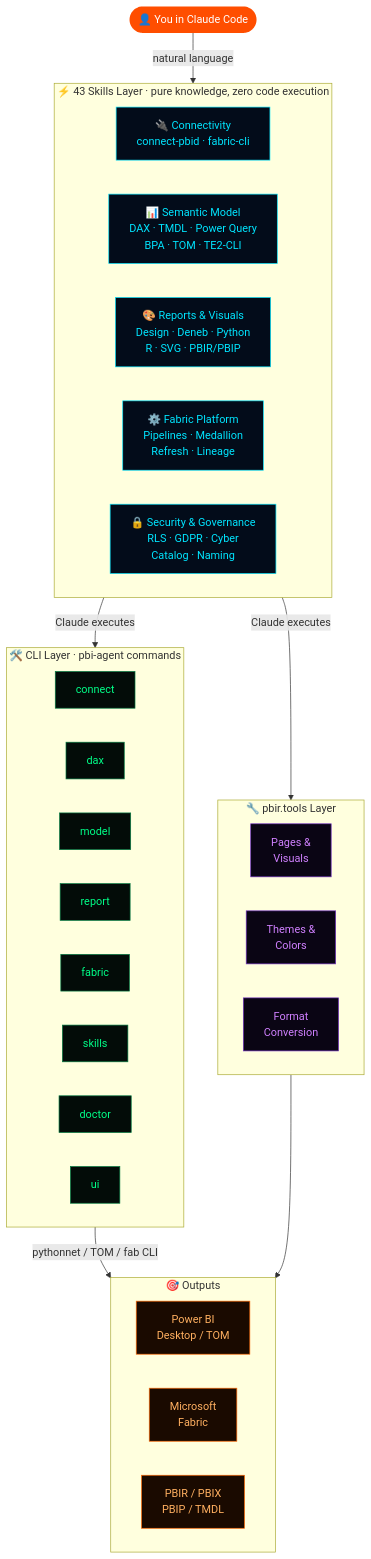
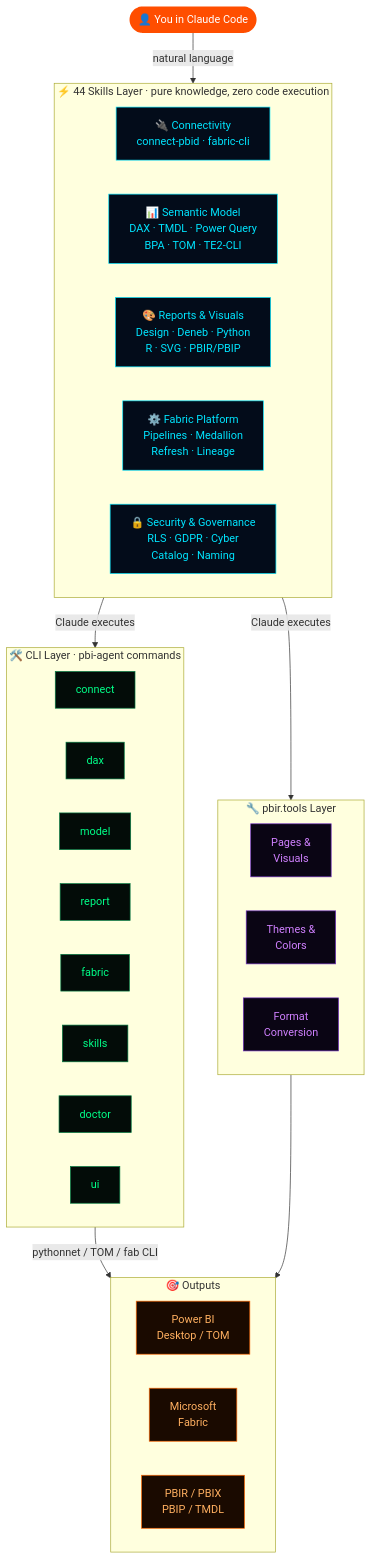
Before and after one commit to santoshkanthety/powerbi-agent: the first of 3 diagrams in README.md, drawn with Mermaid. The commit also changed other lines of this file and 25 other files, not shown here.

````diff
--- a/README.md
+++ b/README.md
@@ -41,49 +41,49 @@
 ```mermaid
 flowchart TD
     U(["👤 You in Claude Code"]):::user
 
-    subgraph SKILLS ["⚡ 43 Skills Layer  ·  pure knowledge, zero code execution"]
+    subgraph SKILLS ["⚡ 44 Skills Layer  ·  pure knowledge, zero code execution"]
         direction LR
         S1["🔌 Connectivity\nconnect-pbid · fabric-cli"]:::skill
         S2["📊 Semantic Model\nDAX · TMDL · Power Query\nBPA · TOM · TE2-CLI"]:::skill
         S3["🎨 Reports & Visuals\nDesign · Deneb · Python\nR · SVG · PBIR/PBIP"]:::skill
         S4["⚙️ Fabric Platform\nPipelines · Medallion\nRefresh · Lineage"]:::skill
         S5["🔒 Security & Governance\nRLS · GDPR · Cyber\nCatalog · Naming"]:::skill
     end
 
     subgraph CLI ["🛠️ CLI Layer  ·  pbi-agent commands"]
         direction LR
         C1["connect"]:::cmd
         C2["dax"]:::cmd
         C3["model"]:::cmd
         C4["report"]:::cmd
         C5["fabric"]:::cmd
         C6["skills"]:::cmd
         C7["doctor"]:::cmd
         C8["ui"]:::cmd
     end
 
     subgraph PBIRT ["🔧 pbir.tools Layer"]
         P1["Pages &\nVisuals"]:::pbir
         P2["Themes &\nColors"]:::pbir
         P3["Format\nConversion"]:::pbir
     end
 
     subgraph TARGET ["🎯 Outputs"]
         T1["Power BI\nDesktop / TOM"]:::out
         T2["Microsoft\nFabric"]:::out
         T3["PBIR / PBIX\nPBIP / TMDL"]:::out
     end
 
     U -->|"natural language"| SKILLS
     SKILLS -->|"Claude executes"| CLI
     CLI -->|"pythonnet / TOM / fab CLI"| TARGET
     SKILLS -->|"Claude executes"| PBIRT
     PBIRT --> TARGET
 
     classDef user fill:#ff4e00,color:#fff,stroke:none
     classDef skill fill:#030c1a,color:#00e5ff,stroke:#00e5ff,stroke-width:1px
     classDef cmd fill:#030c08,color:#00ff88,stroke:#007a40,stroke-width:1px
     classDef pbir fill:#0a0514,color:#d080ff,stroke:#7030c0,stroke-width:1px
     classDef out fill:#1a0a00,color:#ffb060,stroke:#ff6600,stroke-width:1px
 ```
````
